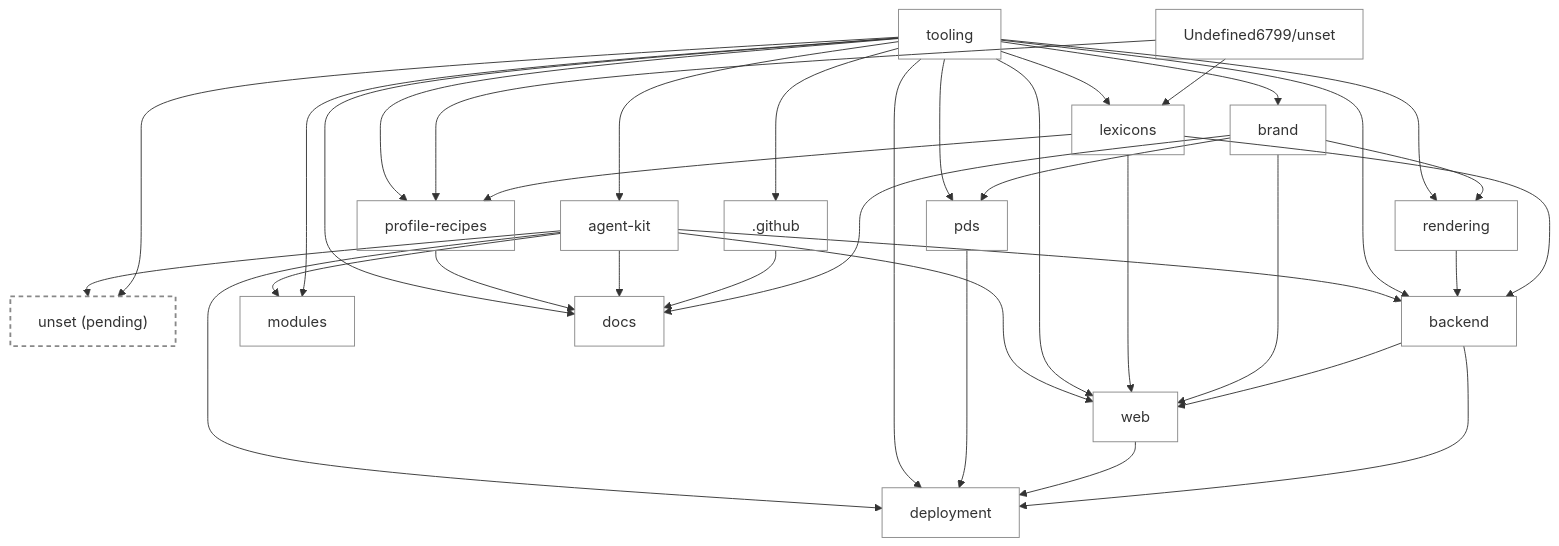
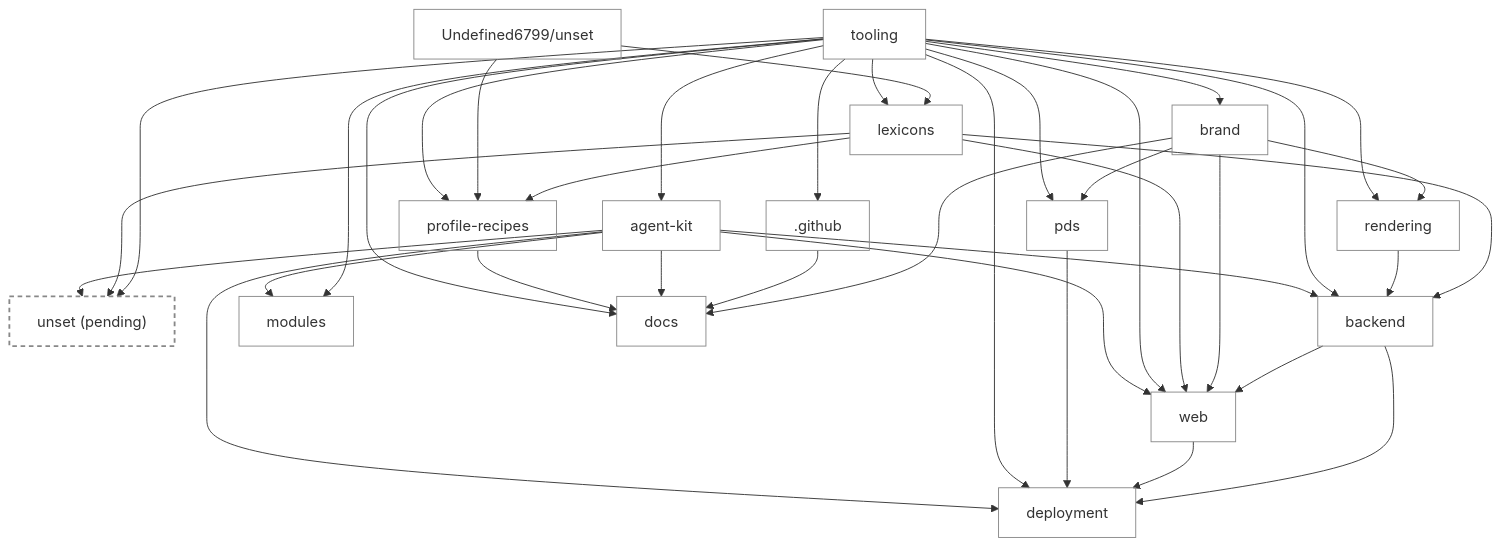
Before and after one commit to unset-sh/.github: the diagram in MAP.md, drawn with Mermaid. The commit also changed other lines of this file and 1 other file, not shown here.

First line of the commit message:
Record that the monorepo uses the lexicons repository

````diff
--- a/MAP.md
+++ b/MAP.md
@@ -71,57 +71,58 @@
 ```mermaid
 flowchart TB
   r_unset["unset (pending)"]
   r_web["web"]
   r_backend["backend"]
   r_deployment["deployment"]
   r_modules["modules"]
   r_Undefined6799_unset["Undefined6799/unset"]
   r__github[".github"]
   r_tooling["tooling"]
   r_brand["brand"]
   r_rendering["rendering"]
   r_profile_recipes["profile-recipes"]
   r_docs["docs"]
   r_pds["pds"]
   r_lexicons["lexicons"]
   r_agent_kit["agent-kit"]
   r_tooling --> r_unset
+  r_lexicons --> r_unset
   r_agent_kit --> r_unset
   r_backend --> r_web
   r_brand --> r_web
   r_lexicons --> r_web
   r_tooling --> r_web
   r_agent_kit --> r_web
   r_lexicons --> r_backend
   r_rendering --> r_backend
   r_tooling --> r_backend
   r_agent_kit --> r_backend
   r_backend --> r_deployment
   r_web --> r_deployment
   r_pds --> r_deployment
   r_tooling --> r_deployment
   r_agent_kit --> r_deployment
   r_tooling --> r_modules
   r_agent_kit --> r_modules
   r_tooling --> r__github
   r_tooling --> r_brand
   r_brand --> r_rendering
   r_tooling --> r_rendering
   r_lexicons --> r_profile_recipes
   r_Undefined6799_unset --> r_profile_recipes
   r_tooling --> r_profile_recipes
   r_brand --> r_docs
   r__github --> r_docs
   r_agent_kit --> r_docs
   r_profile_recipes --> r_docs
   r_tooling --> r_docs
   r_brand --> r_pds
   r_tooling --> r_pds
   r_Undefined6799_unset --> r_lexicons
   r_tooling --> r_lexicons
   r_tooling --> r_agent_kit
   classDef default fill:transparent,stroke:#888,stroke-width:1px
   classDef uncreated fill:transparent,stroke:#888,stroke-width:1px,stroke-dasharray:5 4
   class r_unset uncreated
   style r_unset stroke-width:2px
 ```
````
